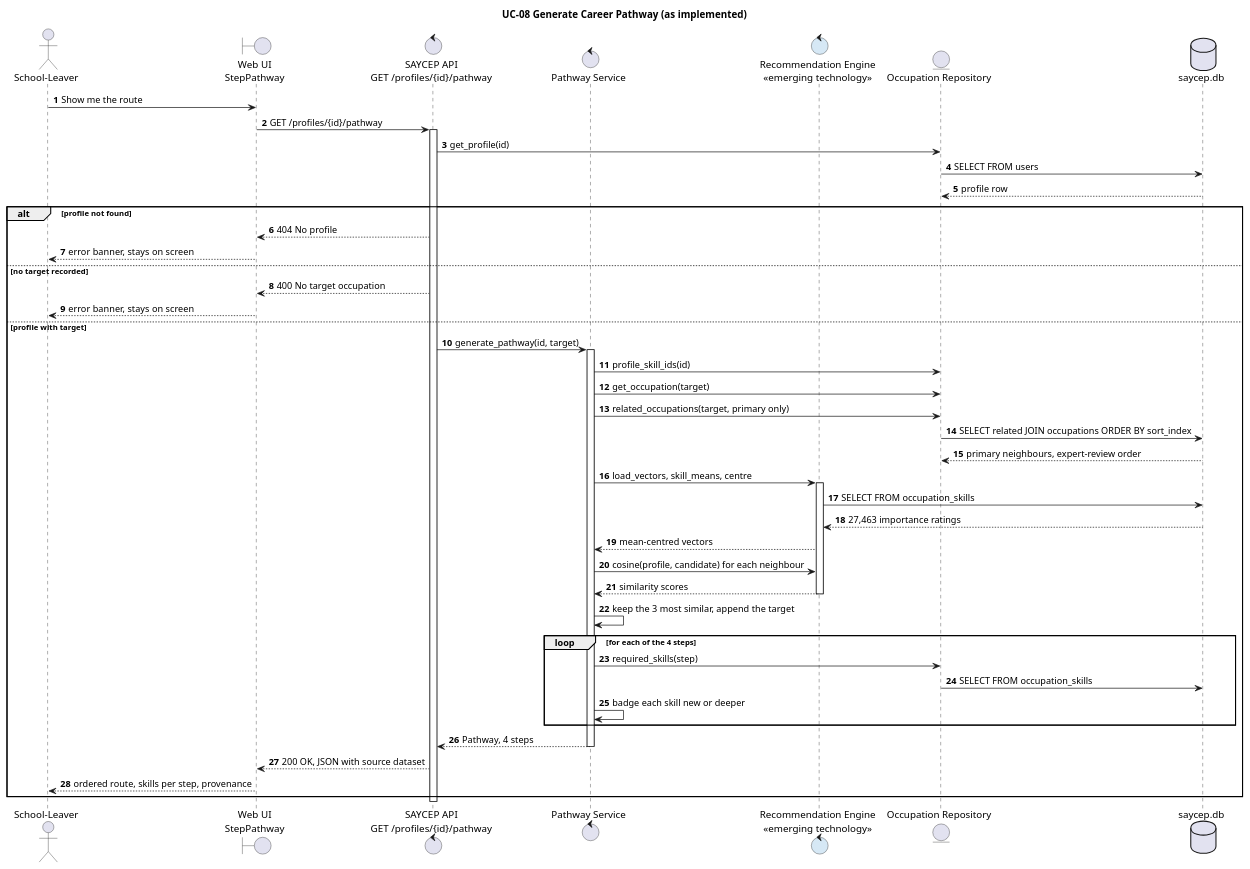
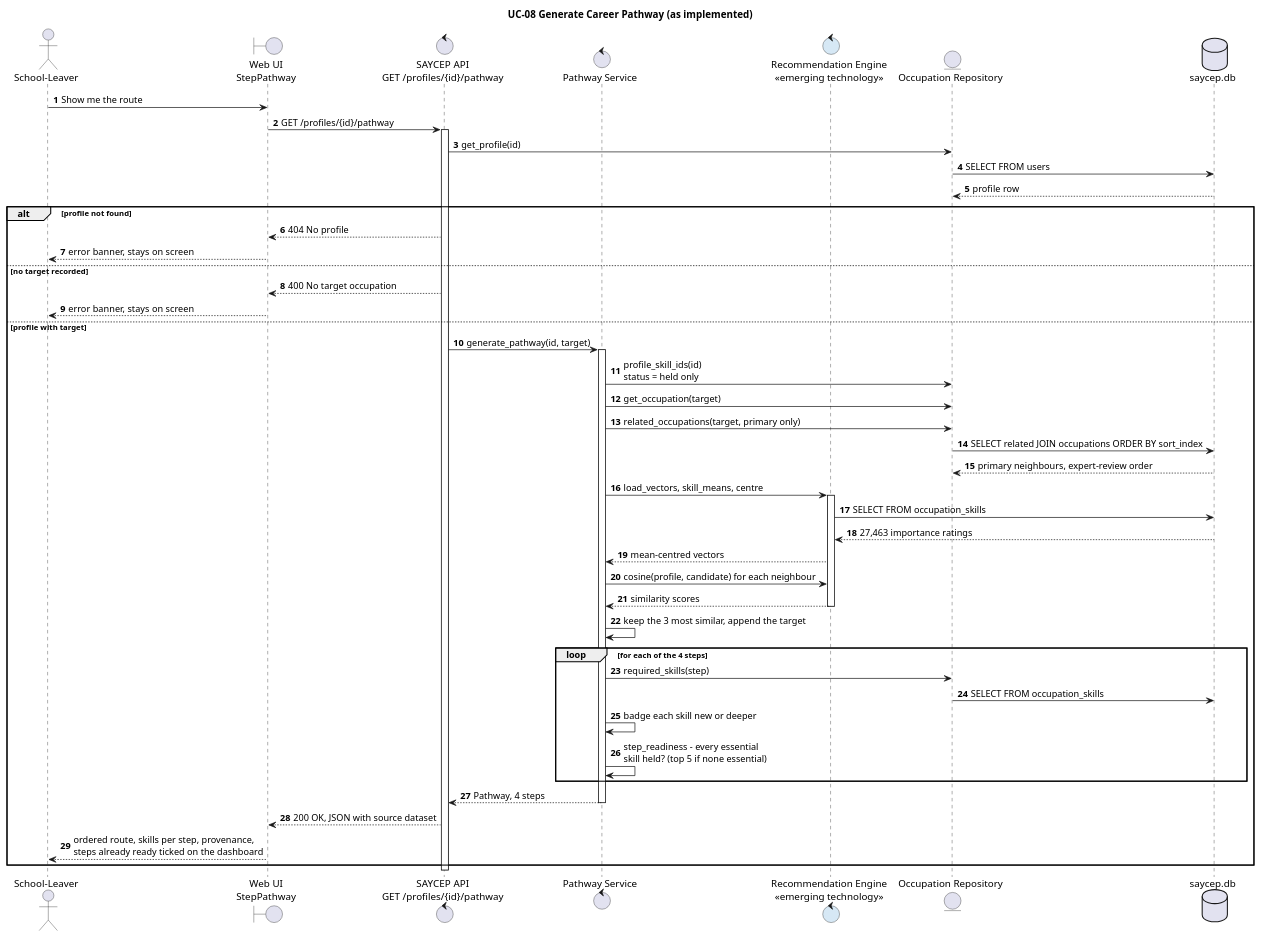
One commit to ShogunLSG/SAYCEP changed the diagram in docs/uml/a3/04-sequence.puml. Above: the diagram before and after it, drawn with PlantUML. The commit also changed 26 other files, not shown here.

First line of the commit message:
Redraw the Assignment 3 diagrams for the built system

```diff
--- a/docs/uml/a3/04-sequence.puml
+++ b/docs/uml/a3/04-sequence.puml
@@ -1,59 +1,63 @@
 @startuml SAYCEP_A3_Sequence
 ' Assignment 3 Q3.4 - sequence for UC-08 Generate Career Pathway, as implemented.
 ' Correction from Assignment 2: the Pathway Service does NOT call the Gap
 ' Analyser. It reads the repository and the Recommendation Engine directly,
 ' which is what backend/pathway.py does.
+' Version 1.1 (30 September): each step also reports whether the user is
+' ready for it (every essential skill held), for the My plan dashboard;
+' profile_skill_ids returns held skills only (ADR-0005).
 title UC-08 Generate Career Pathway (as implemented)
 autonumber
 skinparam responseMessageBelowArrow true
 
 actor "School-Leaver" as User
 boundary "Web UI\nStepPathway" as UI
 control "SAYCEP API\nGET /profiles/{id}/pathway" as API
 control "Pathway Service" as PS
 control "Recommendation Engine\n<<emerging technology>>" as RE #D6E8F5
 entity "Occupation Repository" as Repo
 database "saycep.db" as DB
 
 User -> UI : Show me the route
 UI -> API : GET /profiles/{id}/pathway
 activate API
 API -> Repo : get_profile(id)
 Repo -> DB : SELECT FROM users
 DB --> Repo : profile row
 
 alt profile not found
   API --> UI : 404 No profile
   UI --> User : error banner, stays on screen
 else no target recorded
   API --> UI : 400 No target occupation
   UI --> User : error banner, stays on screen
 else profile with target
   API -> PS : generate_pathway(id, target)
   activate PS
-  PS -> Repo : profile_skill_ids(id)
+  PS -> Repo : profile_skill_ids(id)\nstatus = held only
   PS -> Repo : get_occupation(target)
   PS -> Repo : related_occupations(target, primary only)
   Repo -> DB : SELECT related JOIN occupations ORDER BY sort_index
   DB --> Repo : primary neighbours, expert-review order
   PS -> RE : load_vectors, skill_means, centre
   activate RE
   RE -> DB : SELECT FROM occupation_skills
   DB --> RE : 27,463 importance ratings
   RE --> PS : mean-centred vectors
   PS -> RE : cosine(profile, candidate) for each neighbour
   RE --> PS : similarity scores
   deactivate RE
   PS -> PS : keep the 3 most similar, append the target
   loop for each of the 4 steps
     PS -> Repo : required_skills(step)
     Repo -> DB : SELECT FROM occupation_skills
     PS -> PS : badge each skill new or deeper
+    PS -> PS : step_readiness - every essential\nskill held? (top 5 if none essential)
   end
   PS --> API : Pathway, 4 steps
   deactivate PS
   API --> UI : 200 OK, JSON with source dataset
-  UI --> User : ordered route, skills per step, provenance
+  UI --> User : ordered route, skills per step, provenance,\nsteps already ready ticked on the dashboard
 end
 deactivate API
 @enduml
```
